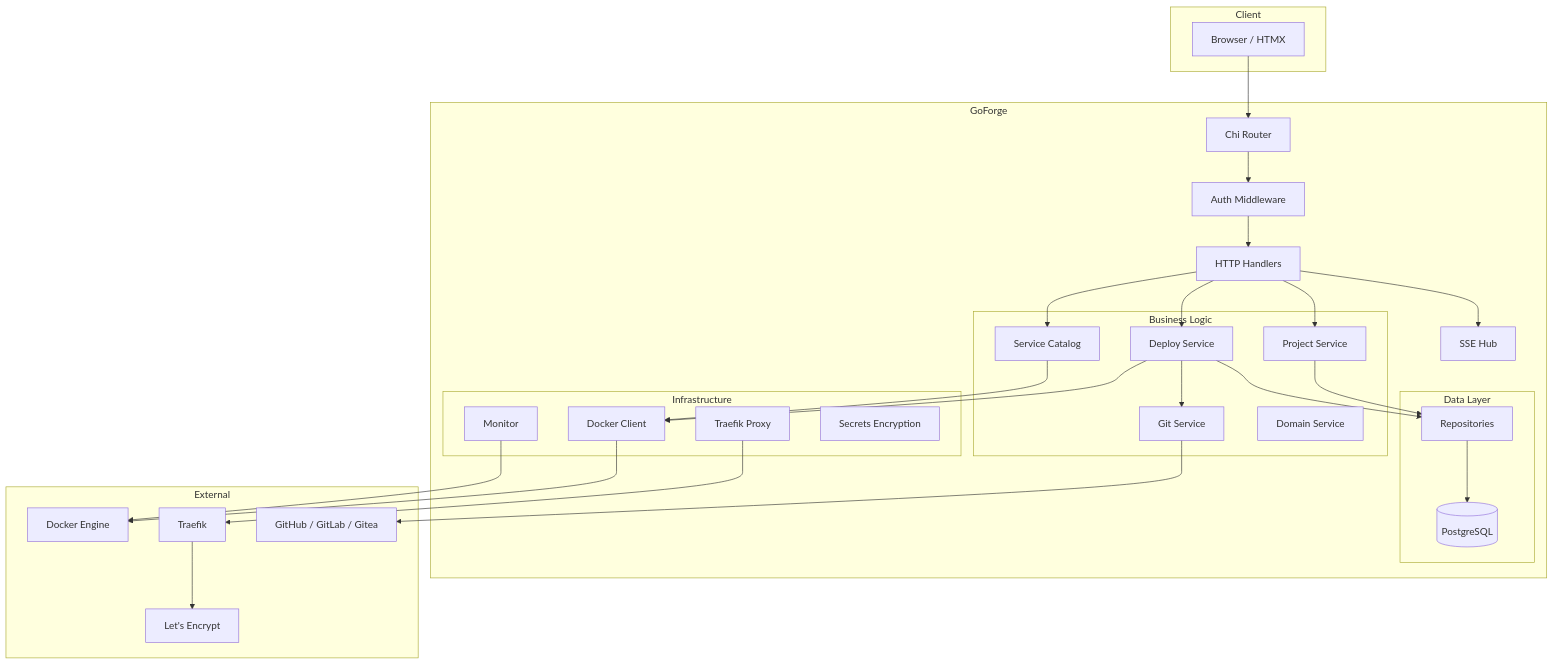
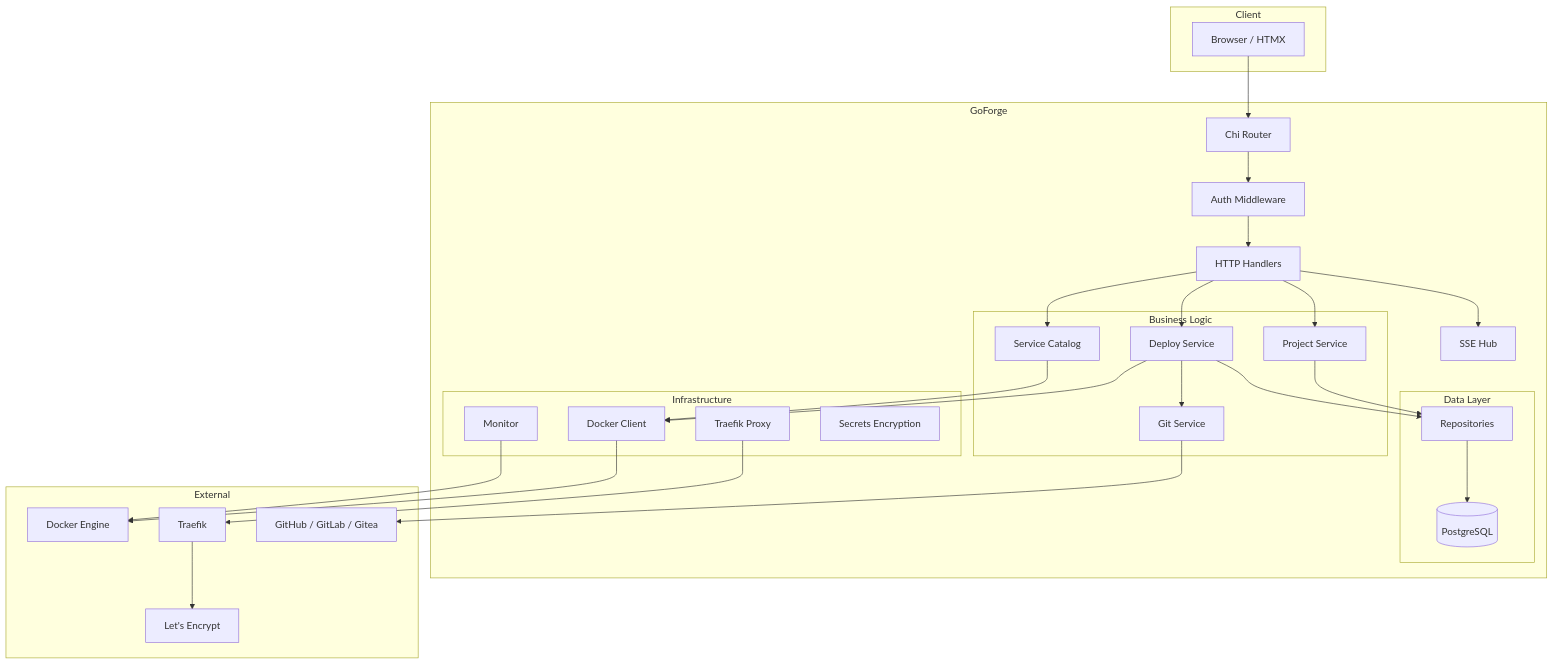
One commit to raythurman2386/goforge changed the first of 2 diagrams in docs/architecture/index.md. Above: the diagram before and after it, drawn with Mermaid. The commit also changed other lines of this file and 8 other files, not shown here.

````diff
--- a/docs/architecture/index.md
+++ b/docs/architecture/index.md
@@ -7,60 +7,59 @@
 ```mermaid
 graph TB
     subgraph "Client"
         Browser[Browser / HTMX]
     end
     
     subgraph "GoForge"
         Router[Chi Router]
         Handlers[HTTP Handlers]
         Auth[Auth Middleware]
         SSE[SSE Hub]
         
         subgraph "Business Logic"
             ProjectSvc[Project Service]
             DeploySvc[Deploy Service]
             ServiceSvc[Service Catalog]
             GitSvc[Git Service]
-            DomainSvc[Domain Service]
         end
         
         subgraph "Infrastructure"
             DockerClient[Docker Client]
             ProxyMgr[Traefik Proxy]
             Monitor[Monitor]
             Secrets[Secrets Encryption]
         end
         
         subgraph "Data Layer"
             Repos[Repositories]
             DB[(PostgreSQL)]
         end
     end
     
     subgraph "External"
         Docker[Docker Engine]
         Traefik[Traefik]
         GitHub[GitHub / GitLab / Gitea]
         LE[Let's Encrypt]
     end
     
     Browser --> Router
     Router --> Auth --> Handlers
     Handlers --> ProjectSvc
     Handlers --> DeploySvc
     Handlers --> ServiceSvc
     Handlers --> SSE
     
     ProjectSvc --> Repos
     DeploySvc --> DockerClient
     DeploySvc --> GitSvc
     DeploySvc --> Repos
     ServiceSvc --> DockerClient
     
     Repos --> DB
     DockerClient --> Docker
     ProxyMgr --> Traefik
     GitSvc --> GitHub
     Traefik --> LE
     Monitor --> Docker
 ```
````
